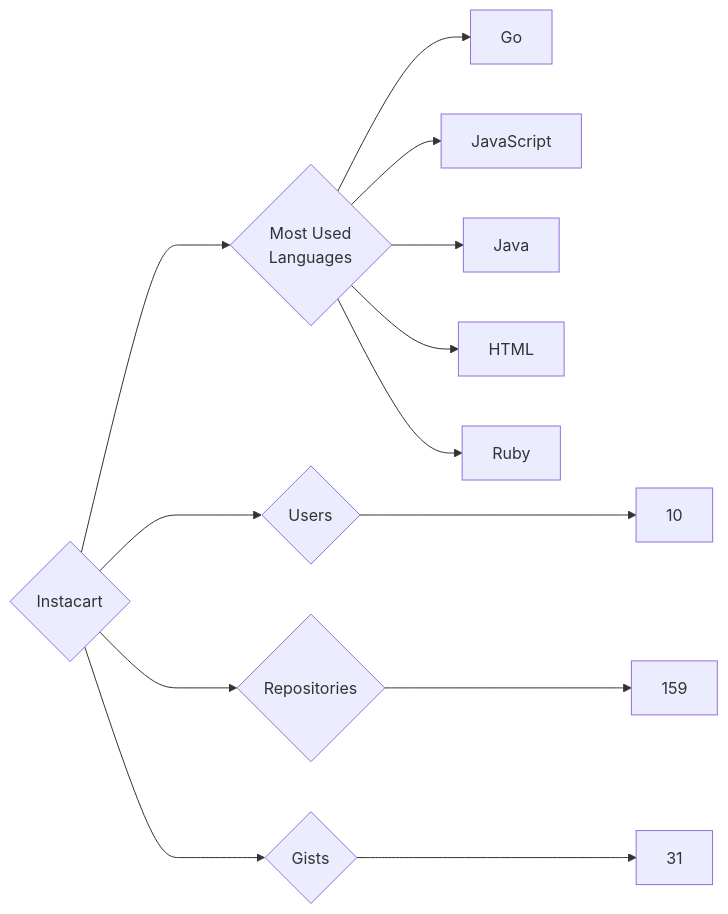
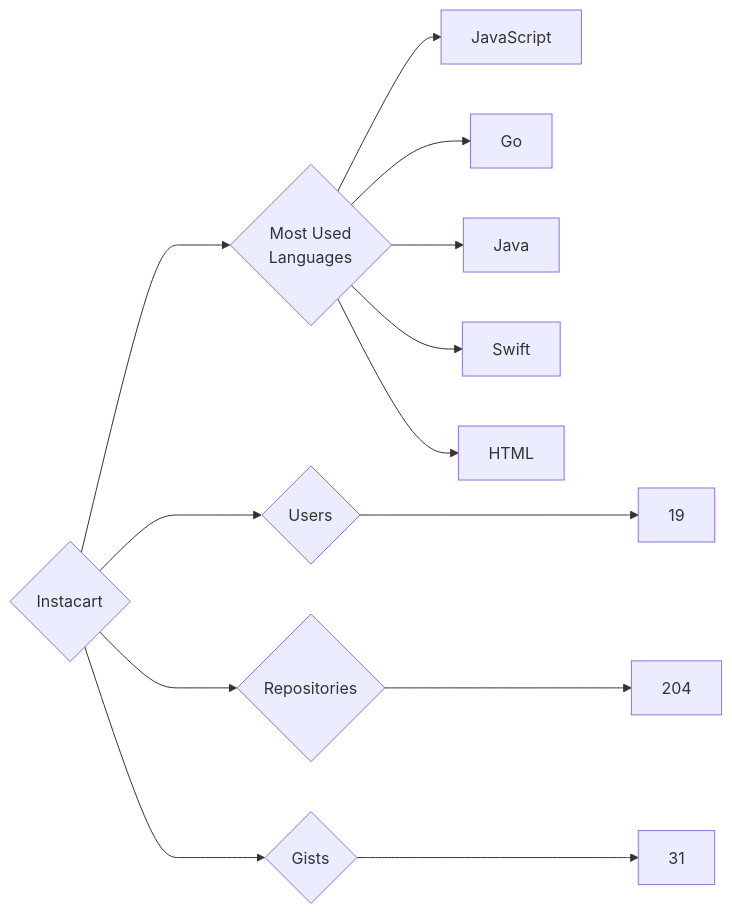
One commit to trickest/insiders changed the diagram in targets/Instacart/README.md. Above: the diagram before and after it, drawn with Mermaid. The commit also changed 998 other files, not shown here.

````diff
--- a/targets/Instacart/README.md
+++ b/targets/Instacart/README.md
@@ -3,13 +3,13 @@
 ```mermaid
 graph LR
 COMPANY_NAME{Instacart}
-COMPANY_NAME ---> U{Users} ---> UN[10]
-COMPANY_NAME ---> R{Repositories} ---> RN[159]
+COMPANY_NAME ---> U{Users} ---> UN[19]
+COMPANY_NAME ---> R{Repositories} ---> RN[204]
 COMPANY_NAME ---> G{Gists} ---> GN[31]
 COMPANY_NAME ---> ML{Most Used<br>Languages}
+ML --> JavaScript[JavaScript]
 ML --> Go[Go]
-ML --> JavaScript[JavaScript]
 ML --> Java[Java]
+ML --> Swift[Swift]
 ML --> HTML[HTML]
-ML --> Ruby[Ruby]
 ```
````
